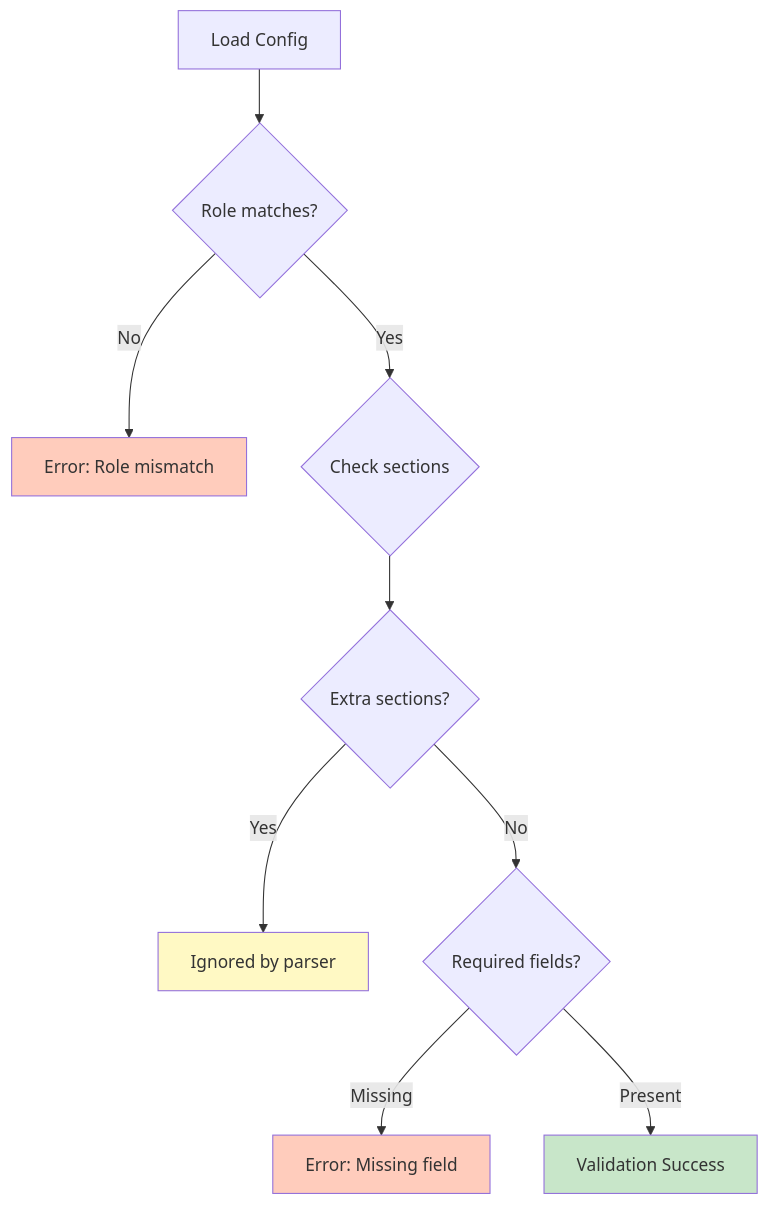
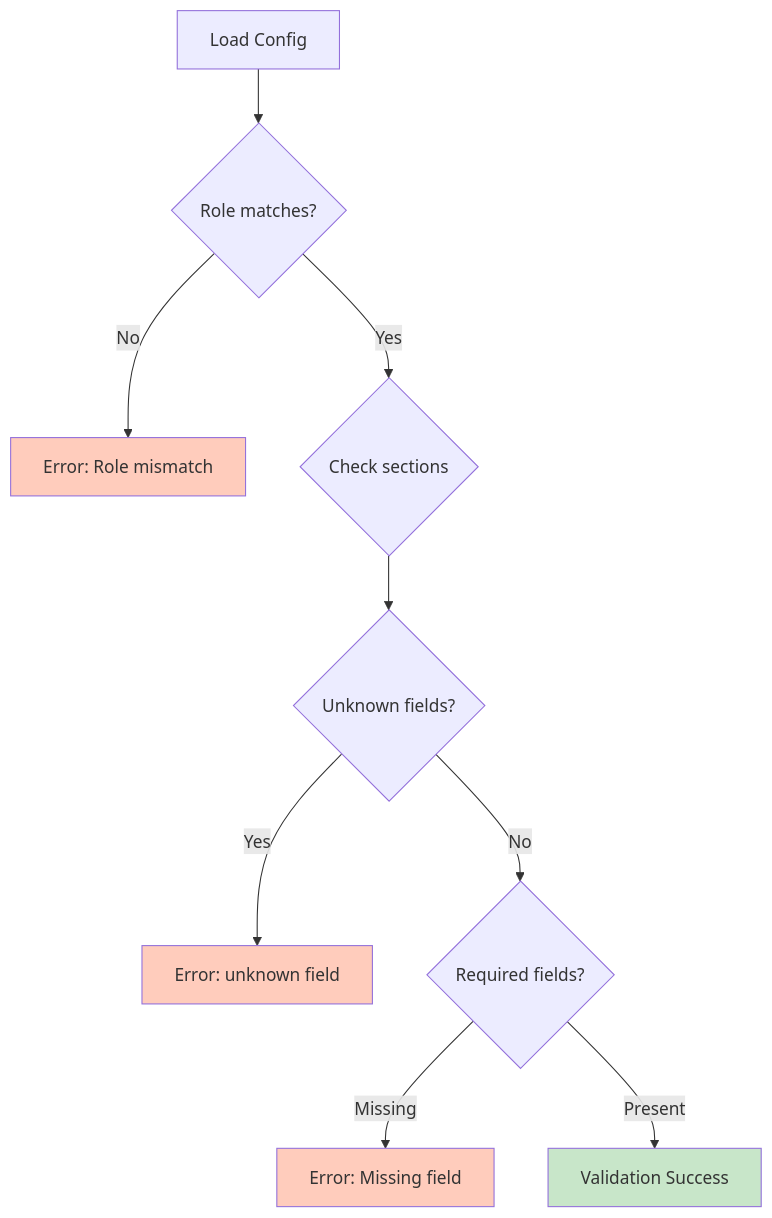
One commit to andrewtheguy/tunnel-rs changed diagram 11 of 18 in docs/ARCHITECTURE.md. Above: the diagram before and after it, drawn with Mermaid. The commit also changed other lines of this file and 7 other files, not shown here.

First line of the commit message:
Reject unknown config fields and accept inline keys from stdin

````diff
--- a/docs/ARCHITECTURE.md
+++ b/docs/ARCHITECTURE.md
@@ -429,18 +436,18 @@
 ```mermaid
 graph TB
     A[Load Config] --> B{Role matches?}
     B -->|No| C[Error: Role mismatch]
     B -->|Yes| F{Check sections}
 
-    F --> G{Extra sections?}
-    G -->|Yes| H[Ignored by parser]
+    F --> G{Unknown fields?}
+    G -->|Yes| H[Error: unknown field]
     G -->|No| I{Required fields?}
 
     I -->|Missing| J[Error: Missing field]
     I -->|Present| K[Validation Success]
 
     style C fill:#FFCCBC
-    style H fill:#FFF9C4
+    style H fill:#FFCCBC
     style J fill:#FFCCBC
     style K fill:#C8E6C9
 ```
````
